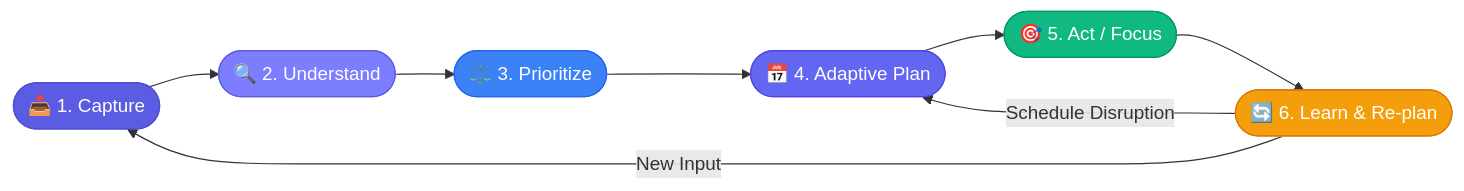
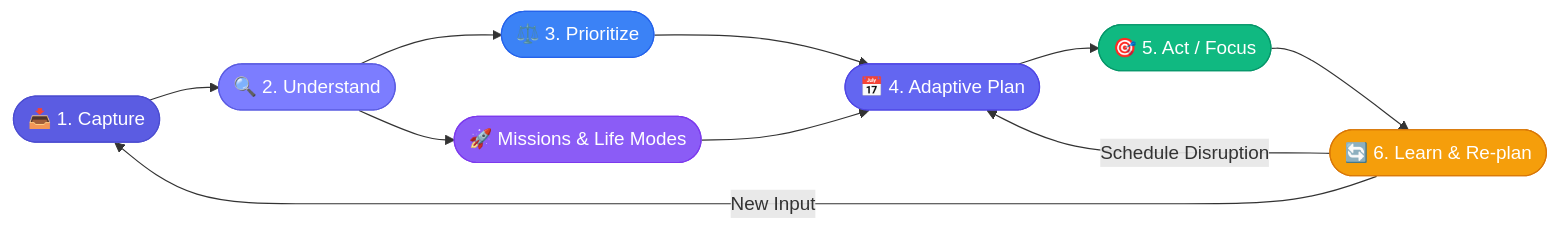
The first of 2 diagrams in README.md (srinivas2s/flow), drawn with Mermaid before and after one commit. The commit also changed other lines of this file, not shown here.

Commit message:
docs(readme): add bold ASCII art FLOW header, full 10-module feature suite, and monorepo quickstart instructions

````diff
--- a/README.md
+++ b/README.md
@@ -85,17 +94,20 @@
 ```mermaid
 flowchart LR
     A(["📥 1. Capture"])  --> B(["🔍 2. Understand"])
     B                    --> C(["⚖️ 3. Prioritize"])
+    B                    --> C2(["🚀 Missions & Life Modes"])
     C                    --> D(["📅 4. Adaptive Plan"])
+    C2                   --> D
     D                    --> E(["🎯 5. Act / Focus"])
     E                    --> F(["🔄 6. Learn & Re-plan"])
     F -- "Schedule Disruption" --> D
     F -- "New Input"           --> A
 
     style A fill:#5B5CE2,stroke:#4C4DD1,color:#fff
     style B fill:#7C7DFF,stroke:#5B5CE2,color:#fff
     style C fill:#3B82F6,stroke:#2563EB,color:#fff
+    style C2 fill:#8B5CF6,stroke:#7C3AED,color:#fff
     style D fill:#6366F1,stroke:#4F46E5,color:#fff
     style E fill:#10B981,stroke:#059669,color:#fff
     style F fill:#F59E0B,stroke:#D97706,color:#fff
 ```
````
